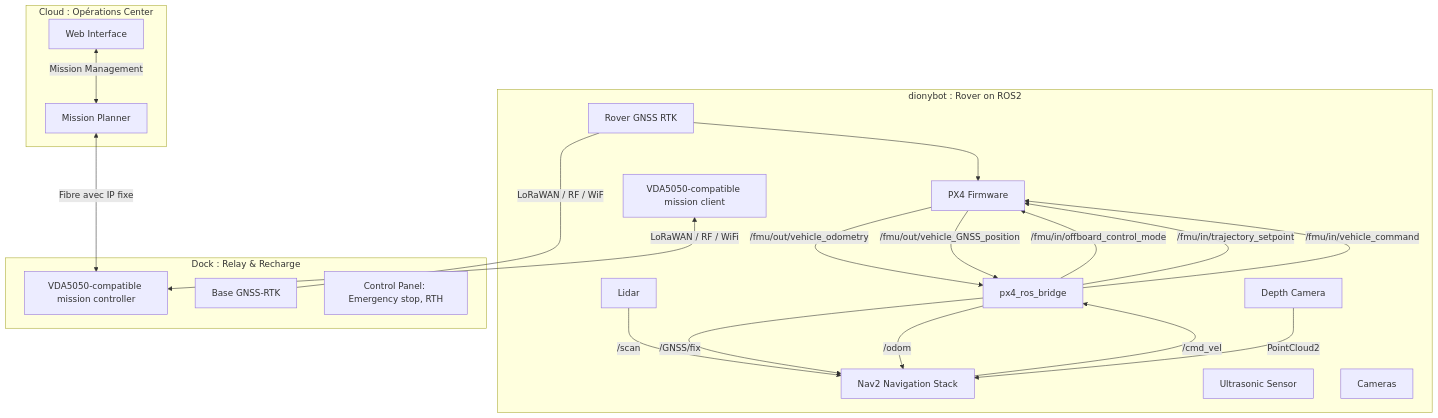
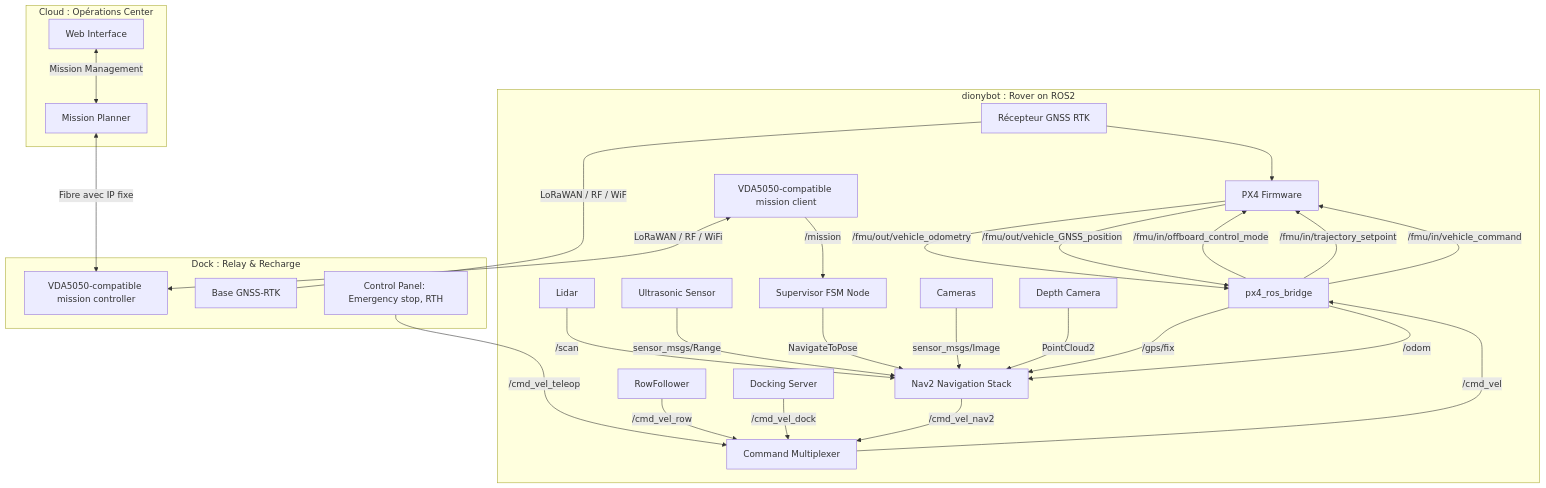
The diagram in README.md (newtondotcom/ros2-nav2-container), drawn with Mermaid before and after one commit.

Commit message:
doc: enhanced version

````diff
--- a/README.md
+++ b/README.md
@@ -3,46 +3,63 @@
 ```mermaid
 graph TD
     %% Services sur chaque noeud
     subgraph RoverServices [dionybot : Rover on ROS2]
         PX4[PX4 Firmware]
         Nav2[Nav2 Navigation Stack]
-        GNSS[Rover GNSS RTK]
+        GNSS[Récepteur GNSS RTK]
         Lidar[Lidar]
         USS[Ultrasonic Sensor]
         Bridge[px4_ros_bridge]
         MissionClient[VDA5050-compatible mission client]
         Cameras[Cameras]
         DepthCamera[Depth Camera]
+        Mux[Command Multiplexer]
+        RowFollower[RowFollower]
+        Supervisor[Supervisor FSM Node]
+        DockingServer[Docking Server]
     end
 
     subgraph DockServices [Dock : Relay & Recharge]
         Mission[VDA5050-compatible mission controller]
         BaseRTK[Base GNSS-RTK]
         Panel[Control Panel: Emergency stop, RTH]
     end
 
     subgraph CloudServices [Cloud : Opérations Center]
         WebUI[Web Interface]
         Planner[Mission Planner]
     end
 
     %% Flèches de communication
 
     WebUI <-->|Mission Management| Planner
     Planner <--->|Fibre avec IP fixe| Mission
 
     GNSS <---|LoRaWAN / RF / WiF| BaseRTK   
     MissionClient <-->|LoRaWAN / RF / WiFi| Mission
 
     PX4 -->|/fmu/out/vehicle_odometry| Bridge
     PX4 -->|/fmu/out/vehicle_GNSS_position| Bridge
+
     Bridge  -->|/fmu/in/offboard_control_mode| PX4
     Bridge  -->|/fmu/in/trajectory_setpoint| PX4
     Bridge  -->|/fmu/in/vehicle_command| PX4
-    Bridge -->|/GNSS/fix| Nav2
+    Bridge -->|/gps/fix| Nav2
     Bridge -->|/odom| Nav2
-    Nav2 -->|/cmd_vel| Bridge 
+
+    Cameras -->|sensor_msgs/Image| Nav2
+    USS -->|sensor_msgs/Range| Nav2
+    Nav2 -->|/cmd_vel_nav2| Mux
+    RowFollower -->|/cmd_vel_row| Mux
+    Panel -->|/cmd_vel_teleop| Mux
+    Mux -->|/cmd_vel| Bridge 
     GNSS -->PX4      
     Lidar -->|/scan| Nav2 
     DepthCamera-->|PointCloud2| Nav2    
+    DockingServer -->|/cmd_vel_dock| Mux
+    Supervisor -->|NavigateToPose| Nav2
+
+    MissionClient -->|/mission| Supervisor
+
+    
 ```
````
